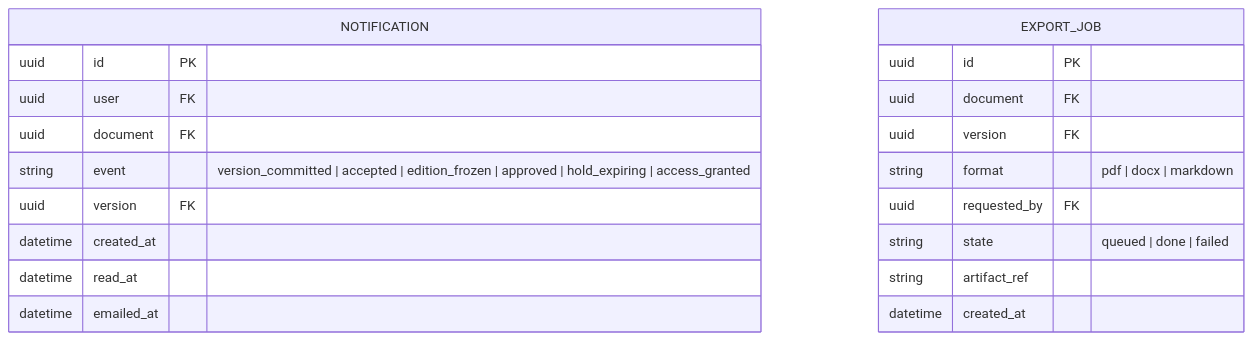
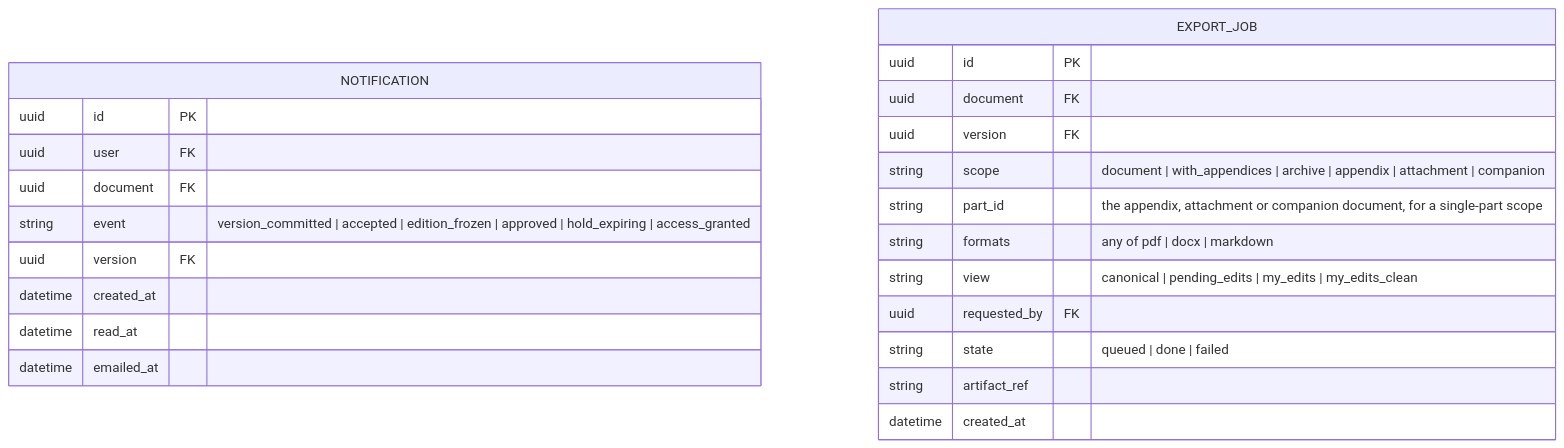
One commit to Oleksii-Zagorskyi/syngraphe changed the fifth of 5 diagrams in docs/data-model.md. Above: the diagram before and after it, drawn with Mermaid. The commit also changed other lines of this file and 16 other files, not shown here.

First line of the commit message:
document shape: appendices, attachments, section editing (DL-0164–DL-0180)

````diff
--- a/docs/data-model.md
+++ b/docs/data-model.md
@@ -312,23 +363,26 @@
 ```mermaid
 erDiagram
     NOTIFICATION {
         uuid id PK
         uuid user FK
         uuid document FK
         string event "version_committed | accepted | edition_frozen | approved | hold_expiring | access_granted"
         uuid version FK
         datetime created_at
         datetime read_at
         datetime emailed_at
     }
     EXPORT_JOB {
         uuid id PK
         uuid document FK
         uuid version FK
-        string format "pdf | docx | markdown"
+        string scope "document | with_appendices | archive | appendix | attachment | companion"
+        string part_id "the appendix, attachment or companion document, for a single-part scope"
+        string formats "any of pdf | docx | markdown"
+        string view "canonical | pending_edits | my_edits | my_edits_clean"
         uuid requested_by FK
         string state "queued | done | failed"
         string artifact_ref
         datetime created_at
     }
 ```
````
